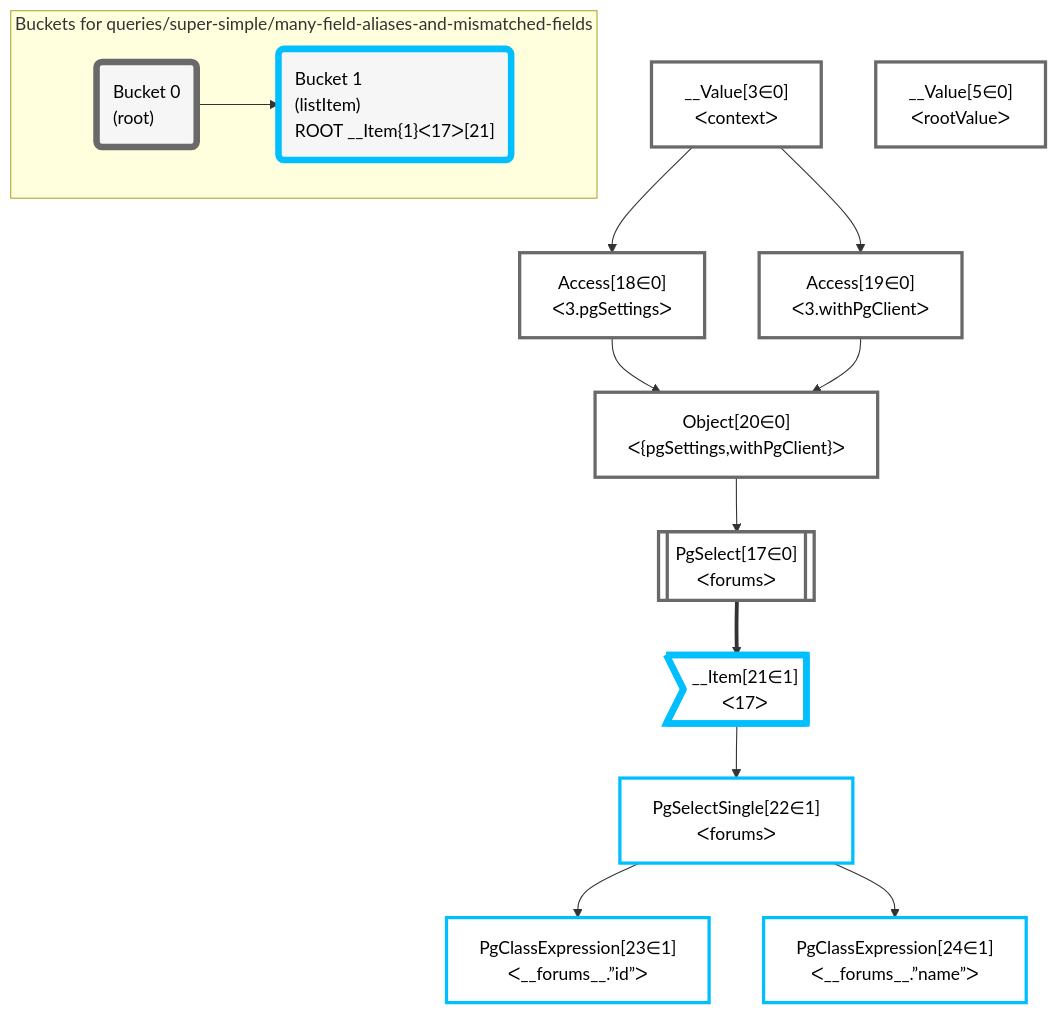
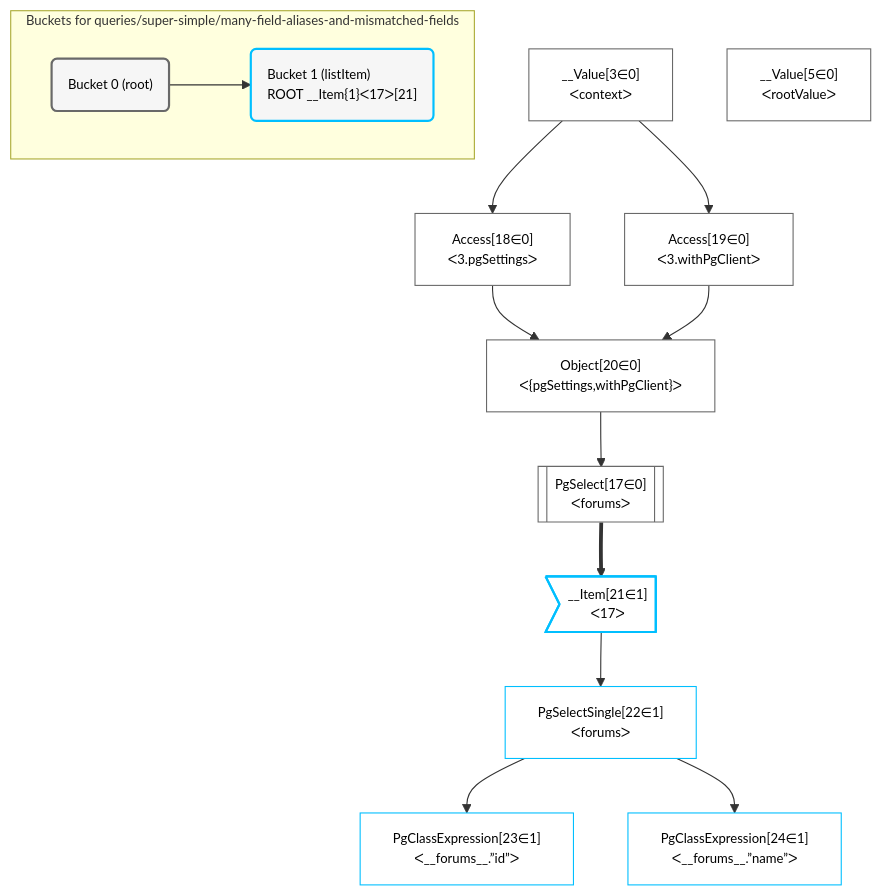
The diagram in grafast/dataplan-pg/__tests__/queries/super-simple/many-field-aliases-and-mismatched-fields.mermaid (graphile/crystal), drawn with Mermaid before and after one commit. The commit also changed 99 other files, not shown here.

```diff
--- a/grafast/dataplan-pg/__tests__/queries/super-simple/many-field-aliases-and-mismatched-fields.mermaid
+++ b/grafast/dataplan-pg/__tests__/queries/super-simple/many-field-aliases-and-mismatched-fields.mermaid
@@ -1,39 +1,40 @@
+%%{init: {'themeVariables': { 'fontSize': '12px'}}}%%
 graph TD
     classDef path fill:#eee,stroke:#000,color:#000
-    classDef plan fill:#fff,stroke-width:3px,color:#000
-    classDef itemplan fill:#fff,stroke-width:6px,color:#000
-    classDef sideeffectplan fill:#f00,stroke-width:6px,color:#000
-    classDef bucket fill:#f6f6f6,color:#000,stroke-width:6px,text-align:left
+    classDef plan fill:#fff,stroke-width:1px,color:#000
+    classDef itemplan fill:#fff,stroke-width:2px,color:#000
+    classDef sideeffectplan fill:#f00,stroke-width:2px,color:#000
+    classDef bucket fill:#f6f6f6,color:#000,stroke-width:2px,text-align:left
 
 
     %% define steps
     __Value3["__Value[3∈0]<br />ᐸcontextᐳ"]:::plan
     __Value5["__Value[5∈0]<br />ᐸrootValueᐳ"]:::plan
     Access18["Access[18∈0]<br />ᐸ3.pgSettingsᐳ"]:::plan
     Access19["Access[19∈0]<br />ᐸ3.withPgClientᐳ"]:::plan
     Object20["Object[20∈0]<br />ᐸ{pgSettings,withPgClient}ᐳ"]:::plan
     PgSelect17[["PgSelect[17∈0]<br />ᐸforumsᐳ"]]:::plan
     __Item21>"__Item[21∈1]<br />ᐸ17ᐳ"]:::itemplan
     PgSelectSingle22["PgSelectSingle[22∈1]<br />ᐸforumsᐳ"]:::plan
     PgClassExpression23["PgClassExpression[23∈1]<br />ᐸ__forums__.”id”ᐳ"]:::plan
     PgClassExpression24["PgClassExpression[24∈1]<br />ᐸ__forums__.”name”ᐳ"]:::plan
 
     %% plan dependencies
     __Value3 --> Access18
     __Value3 --> Access19
     Access18 & Access19 --> Object20
     Object20 --> PgSelect17
     PgSelect17 ==> __Item21
     __Item21 --> PgSelectSingle22
     PgSelectSingle22 --> PgClassExpression23
     PgSelectSingle22 --> PgClassExpression24
 
     subgraph "Buckets for queries/super-simple/many-field-aliases-and-mismatched-fields"
-    Bucket0("Bucket 0<br />(root)"):::bucket
+    Bucket0("Bucket 0 (root)"):::bucket
     classDef bucket0 stroke:#696969
     class Bucket0,__Value3,__Value5,PgSelect17,Access18,Access19,Object20 bucket0
-    Bucket1("Bucket 1<br />(listItem)<br />ROOT __Item{1}ᐸ17ᐳ[21]"):::bucket
+    Bucket1("Bucket 1 (listItem)<br />ROOT __Item{1}ᐸ17ᐳ[21]"):::bucket
     classDef bucket1 stroke:#00bfff
     class Bucket1,__Item21,PgSelectSingle22,PgClassExpression23,PgClassExpression24 bucket1
     Bucket0 --> Bucket1
     end
```
